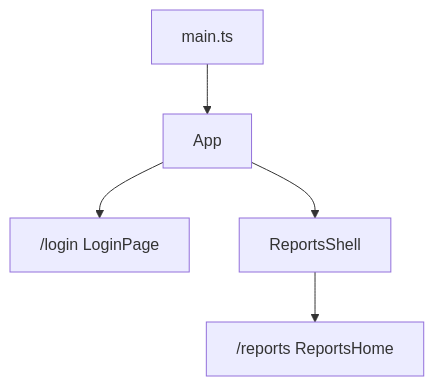
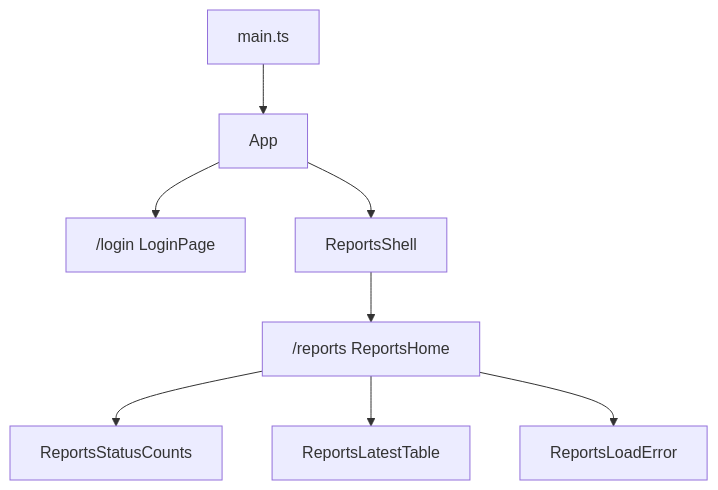
One commit to SDS37/kyc-multi-frontend changed the diagram in apps/vue-reports/README.md. Above: the diagram before and after it, drawn with Mermaid. The commit also changed other lines of this file and 22 other files, not shown here.

````diff
--- a/apps/vue-reports/README.md
+++ b/apps/vue-reports/README.md
@@ -52,7 +53,10 @@
 ```mermaid
 flowchart TB
   Main["main.ts"] --> App["App"]
   App --> Login["/login LoginPage"]
   App --> Shell["ReportsShell"]
   Shell --> Home["/reports ReportsHome"]
+  Home --> Counts["ReportsStatusCounts"]
+  Home --> Table["ReportsLatestTable"]
+  Home --> LoadErr["ReportsLoadError"]
 ```
````
